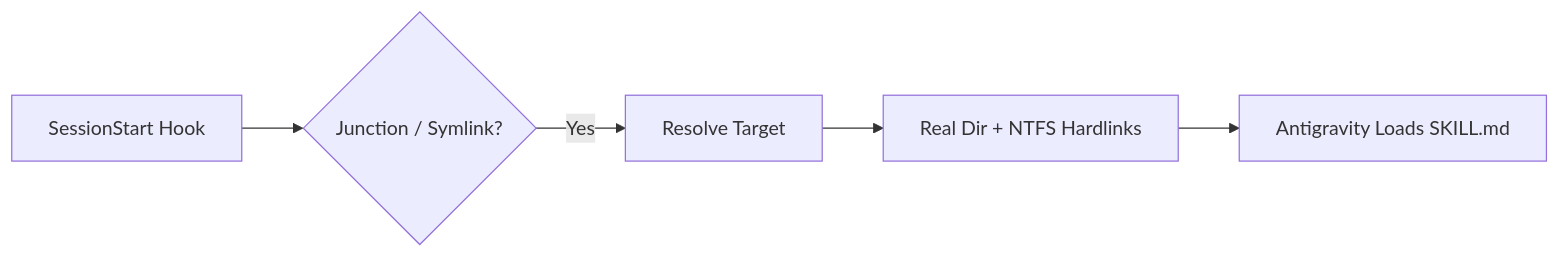
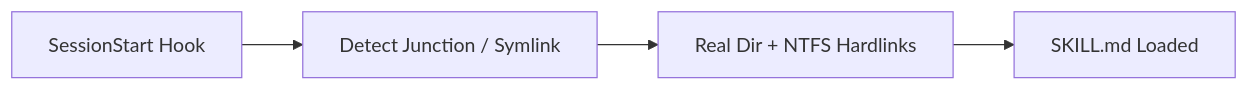
The diagram in README.md (wllzhang/antigravity-junction-skill-fix), drawn with Mermaid before and after one commit. The commit also changed 1 other file, not shown here.

Commit message:
docs: streamline Mermaid diagram to 4 compact horizontal nodes

````diff
--- a/README.md
+++ b/README.md
@@ -29,7 +29,6 @@
 ```mermaid
 flowchart LR
-    A["SessionStart Hook"] --> B{"Junction / Symlink?"}
-    B -->|"Yes"| C["Resolve Target"]
-    C --> D["Real Dir + NTFS Hardlinks"]
-    D --> E["Antigravity Loads SKILL.md"]
+    A["SessionStart Hook"] --> B["Detect Junction / Symlink"]
+    B --> C["Real Dir + NTFS Hardlinks"]
+    C --> D["SKILL.md Loaded"]
 ```
````
